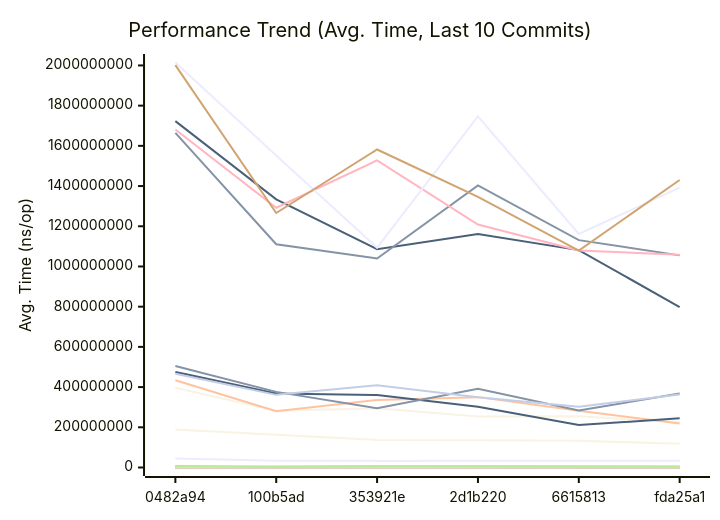
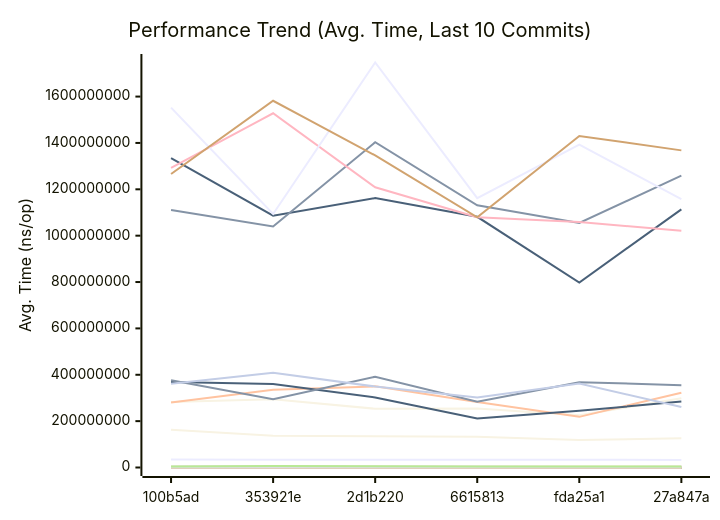
The first of 3 diagrams in docs/PERFORMANCE.md (alsotoes/momo), drawn with Mermaid before and after one commit. The commit also changed other lines of this file and 4 other files, not shown here.

````diff
--- a/docs/PERFORMANCE.md
+++ b/docs/PERFORMANCE.md
@@ -258,44 +260,44 @@
 ```mermaid
 xychart-beta
     title "Performance Trend (Avg. Time, Last 10 Commits)"
     x-axis "Commit"
     y-axis "Avg. Time (ns/op)"
-    x-axis [0482a94,100b5ad,353921e,2d1b220,6615813,fda25a1]
-    line "AWSChunkedReaderSigned" [905557,534318,636346,690357,622918,512707,501241,721946,582789,741042]
-    line "AWSChunkedReaderUnsigned" [894454,593403,613680,684347,616129,457742,556893,695362,580668,721611]
-    line "CheckMetricsAndSwap" [15,11,13,14,14,10,10,14,9,14]
-    line "CrushOptimized" [624,439,383,433,463,354,433,532,484,492]
-    line "CrushOriginal" [891,591,678,598,642,502,597,715,641,734]
-    line "FormatListObjectsV2XML_AppendFormat" [1466071,913648,876655,1035620,900618,648718,775274,1080271,993577,1117129]
-    line "FormatListObjectsV2XML_OldFormat" [876006,527726,499237,554225,498654,406141,479265,671030,530555,661534]
-    line "HashBytes/1MiB" [5810430,3924626,3806841,4997033,4520322,3555390,4784039,3995457,4596495,5621676]
-    line "HashBytes/256MiB" [1722861401,1334138916,1086104803,1161959394,1081431052,798133130,1113482493,1284091050,1365990323,1502178110]
-    line "HashBytes/64MiB" [396388379,282406448,294324496,253497415,254442334,225124511,298951068,308162718,336895373,359262045]
-    line "HashFile/1MiB" [6883319,4730225,4355866,5020414,4836717,3959247,3915050,5430358,4960660,5725417]
-    line "HashFile/256MiB" [1664168720,1110334520,1039461142,1402967574,1130963414,1055197690,1258679744,1441073207,1316970291,1477907273]
-    line "HashFile/64MiB" [434196622,280320210,335648128,350050718,282645449,218474314,322488540,355303054,397283922,342325433]
-    line "IndexDirectTracking" [1,1,0,1,1,0,1,1,1,1]
-    line "IndexSearch" [4,2,2,3,2,2,2,3,2,3]
-    line "LastModifiedHeader_AppendFormat" [0,0,0,0,0,0,0,0,273,377]
-    line "LastModifiedHeader_Format" [0,0,0,0,0,0,0,0,359,474]
-    line "LoadGlobalConfig" [20717,13477,12586,12915,11283,9939,13465,16787,14343,16534]
-    line "LocalWrite/1MiB" [861821,620083,533203,606315,575526,474416,479322,627788,515217,653242]
-    line "LocalWrite/256MiB" [188719012,163107200,137014284,135157963,132539343,118094125,126110483,141240477,133129249,171131397]
-    line "LocalWrite/64MiB" [44391316,34009604,32925149,33266024,33235605,33404598,32661319,39561620,34587683,41271450]
-    line "PadString" [108,74,66,65,63,47,69,97,85,78]
+    x-axis [100b5ad,353921e,2d1b220,6615813,fda25a1,27a847a]
+    line "AWSChunkedReaderSigned" [534318,636346,690357,622918,512707,501241,721946,582789,741042,596016]
+    line "AWSChunkedReaderUnsigned" [593403,613680,684347,616129,457742,556893,695362,580668,721611,624951]
+    line "CheckMetricsAndSwap" [11,13,14,14,10,10,14,9,14,13]
+    line "CrushOptimized" [439,383,433,463,354,433,532,484,492,487]
+    line "CrushOriginal" [591,678,598,642,502,597,715,641,734,697]
+    line "FormatListObjectsV2XML_AppendFormat" [913648,876655,1035620,900618,648718,775274,1080271,993577,1117129,928365]
+    line "FormatListObjectsV2XML_OldFormat" [527726,499237,554225,498654,406141,479265,671030,530555,661534,521514]
+    line "HashBytes/1MiB" [3924626,3806841,4997033,4520322,3555390,4784039,3995457,4596495,5621676,4965423]
+    line "HashBytes/256MiB" [1334138916,1086104803,1161959394,1081431052,798133130,1113482493,1284091050,1365990323,1502178110,1211052717]
+    line "HashBytes/64MiB" [282406448,294324496,253497415,254442334,225124511,298951068,308162718,336895373,359262045,339981640]
+    line "HashFile/1MiB" [4730225,4355866,5020414,4836717,3959247,3915050,5430358,4960660,5725417,5039192]
+    line "HashFile/256MiB" [1110334520,1039461142,1402967574,1130963414,1055197690,1258679744,1441073207,1316970291,1477907273,1193078064]
+    line "HashFile/64MiB" [280320210,335648128,350050718,282645449,218474314,322488540,355303054,397283922,342325433,356293580]
+    line "IndexDirectTracking" [1,0,1,1,0,1,1,1,1,0]
+    line "IndexSearch" [2,2,3,2,2,2,3,2,3,2]
+    line "LastModifiedHeader_AppendFormat" [0,0,0,0,0,0,0,273,377,411]
+    line "LastModifiedHeader_Format" [0,0,0,0,0,0,0,359,474,418]
+    line "LoadGlobalConfig" [13477,12586,12915,11283,9939,13465,16787,14343,16534,15639]
+    line "LocalWrite/1MiB" [620083,533203,606315,575526,474416,479322,627788,515217,653242,620492]
+    line "LocalWrite/256MiB" [163107200,137014284,135157963,132539343,118094125,126110483,141240477,133129249,171131397,136595670]
+    line "LocalWrite/64MiB" [34009604,32925149,33266024,33235605,33404598,32661319,39561620,34587683,41271450,35901035]
+    line "PadString" [74,66,65,63,47,69,97,85,78,64]
     line "ParseReplicationOrder_NoPrealloc" [350,349,357,354,345,225,229,165,232,234]
     line "ParseReplicationOrder_Prealloc" [229,231,237,234,229,108,107,80,110,109]
-    line "Placement" [9769,7169,6982,6435,6648,4864,6529,7421,7230,7696]
-    line "PlacementDomainSpread" [10254,7367,6165,7125,6936,5246,8024,8867,7769,8677]
-    line "ReadVerify/1MiB" [6669899,5893653,4349552,4844958,4821081,3882918,3731377,5836051,3976066,5316396]
-    line "ReadVerify/256MiB" [1681161525,1292102083,1527966144,1208865206,1079520105,1058504265,1020754000,1422892660,1249941171,1356438969]
-    line "ReadVerify/64MiB" [475503443,368423405,360046306,301883250,211152290,244603172,284251269,341875566,317667291,337069645]
-    line "S3PutSpool/1MiB" [8098804,5792248,4040951,5594802,4971787,5964641,5931927,6588614,5572982,6149011]
-    line "S3PutSpool/256MiB" [2014620633,1552306291,1093403586,1746985899,1161989262,1392397511,1157791795,1438649885,1075603816,1551204244]
-    line "S3PutSpool/64MiB" [504549456,376146327,294844128,391765533,283817898,367879613,355148274,389689212,272526470,362667390]
-    line "SanitizeLog/Safe" [494,332,277,365,264,226,242,388,301,419]
-    line "SanitizeLog/Unsafe" [1256,854,1098,1183,1013,768,930,1274,1021,1210]
-    line "TrustedRead/1MiB" [7771585,4314592,6674262,5737318,4407789,4777459,4326085,5334409,5277115,5559663]
-    line "TrustedRead/256MiB" [2001362379,1265914846,1581862210,1346158360,1079106743,1430194708,1367894050,1290238092,1112381854,1466748131]
-    line "TrustedRead/64MiB" [466675929,361331755,408809763,349215436,302381501,362734452,260957497,306360304,291068280,376225072]
+    line "Placement" [7169,6982,6435,6648,4864,6529,7421,7230,7696,7054]
+    line "PlacementDomainSpread" [7367,6165,7125,6936,5246,8024,8867,7769,8677,7666]
+    line "ReadVerify/1MiB" [5893653,4349552,4844958,4821081,3882918,3731377,5836051,3976066,5316396,4787467]
+    line "ReadVerify/256MiB" [1292102083,1527966144,1208865206,1079520105,1058504265,1020754000,1422892660,1249941171,1356438969,1338425672]
+    line "ReadVerify/64MiB" [368423405,360046306,301883250,211152290,244603172,284251269,341875566,317667291,337069645,347180139]
+    line "S3PutSpool/1MiB" [5792248,4040951,5594802,4971787,5964641,5931927,6588614,5572982,6149011,5304842]
+    line "S3PutSpool/256MiB" [1552306291,1093403586,1746985899,1161989262,1392397511,1157791795,1438649885,1075603816,1551204244,1298058993]
+    line "S3PutSpool/64MiB" [376146327,294844128,391765533,283817898,367879613,355148274,389689212,272526470,362667390,347153910]
+    line "SanitizeLog/Safe" [332,277,365,264,226,242,388,301,419,341]
+    line "SanitizeLog/Unsafe" [854,1098,1183,1013,768,930,1274,1021,1210,1000]
+    line "TrustedRead/1MiB" [4314592,6674262,5737318,4407789,4777459,4326085,5334409,5277115,5559663,5638483]
+    line "TrustedRead/256MiB" [1265914846,1581862210,1346158360,1079106743,1430194708,1367894050,1290238092,1112381854,1466748131,1031346576]
+    line "TrustedRead/64MiB" [361331755,408809763,349215436,302381501,362734452,260957497,306360304,291068280,376225072,296255358]
 ```
````
